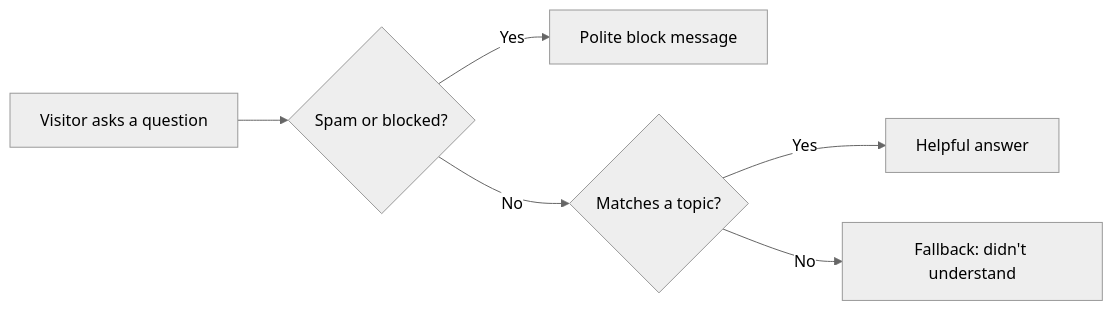
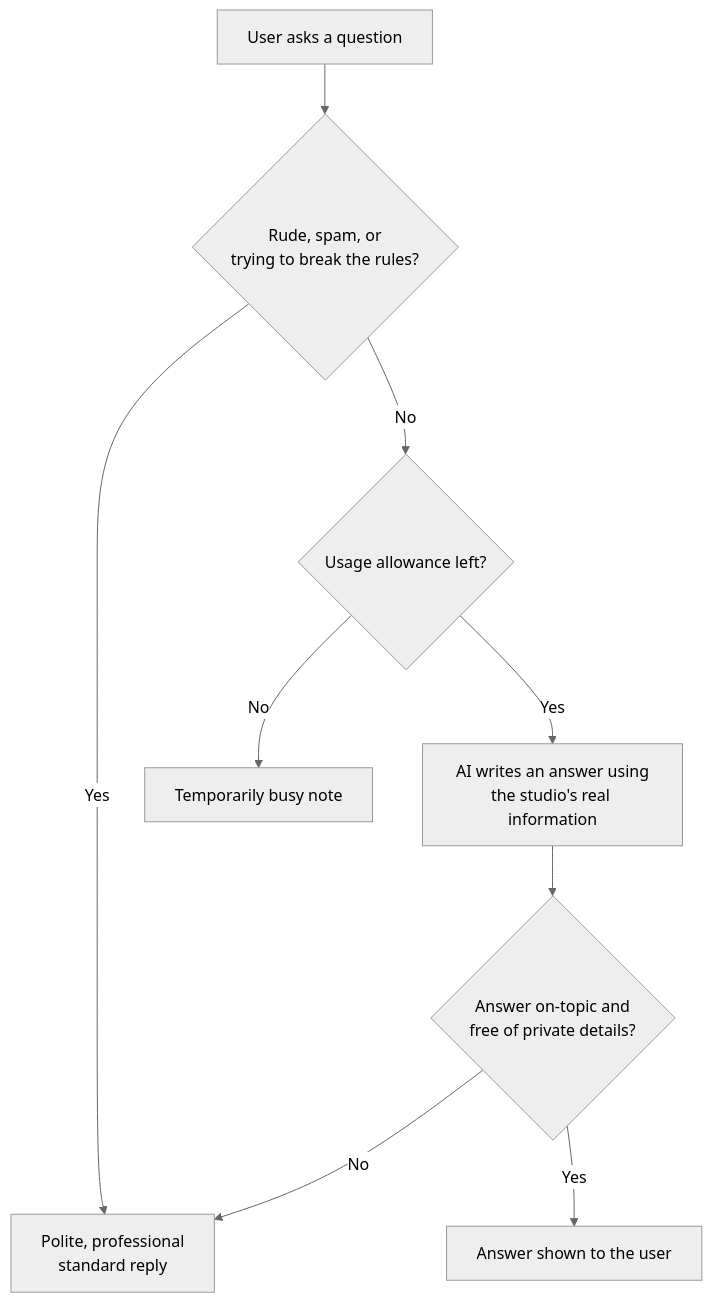
The eighth of 8 diagrams in docs/01-ANALYSIS/NON TECHNICAL ANALYSIS.md (ChocooChocoo/project-photography), drawn with Mermaid (neutral theme) before and after one commit. The commit also changed other lines of this file and 11 other files, not shown here.

````diff
--- a/docs/01-ANALYSIS/NON TECHNICAL ANALYSIS.md
+++ b/docs/01-ANALYSIS/NON TECHNICAL ANALYSIS.md
@@ -189,8 +203,11 @@
 ```mermaid
-flowchart LR
-    A[Visitor asks a question] --> B{Spam or blocked?}
-    B -->|Yes| C[Polite block message]
-    B -->|No| D{Matches a topic?}
-    D -->|Yes| E[Helpful answer]
-    D -->|No| F[Fallback: didn't understand]
+flowchart TD
+    A[User asks a question] --> B{Rude, spam, or<br/>trying to break the rules?}
+    B -->|Yes| C[Polite, professional<br/>standard reply]
+    B -->|No| D{Usage allowance left?}
+    D -->|No| E[Temporarily busy note]
+    D -->|Yes| F[AI writes an answer using<br/>the studio's real information]
+    F --> G{Answer on-topic and<br/>free of private details?}
+    G -->|No| C
+    G -->|Yes| H[Answer shown to the user]
 ```
````
